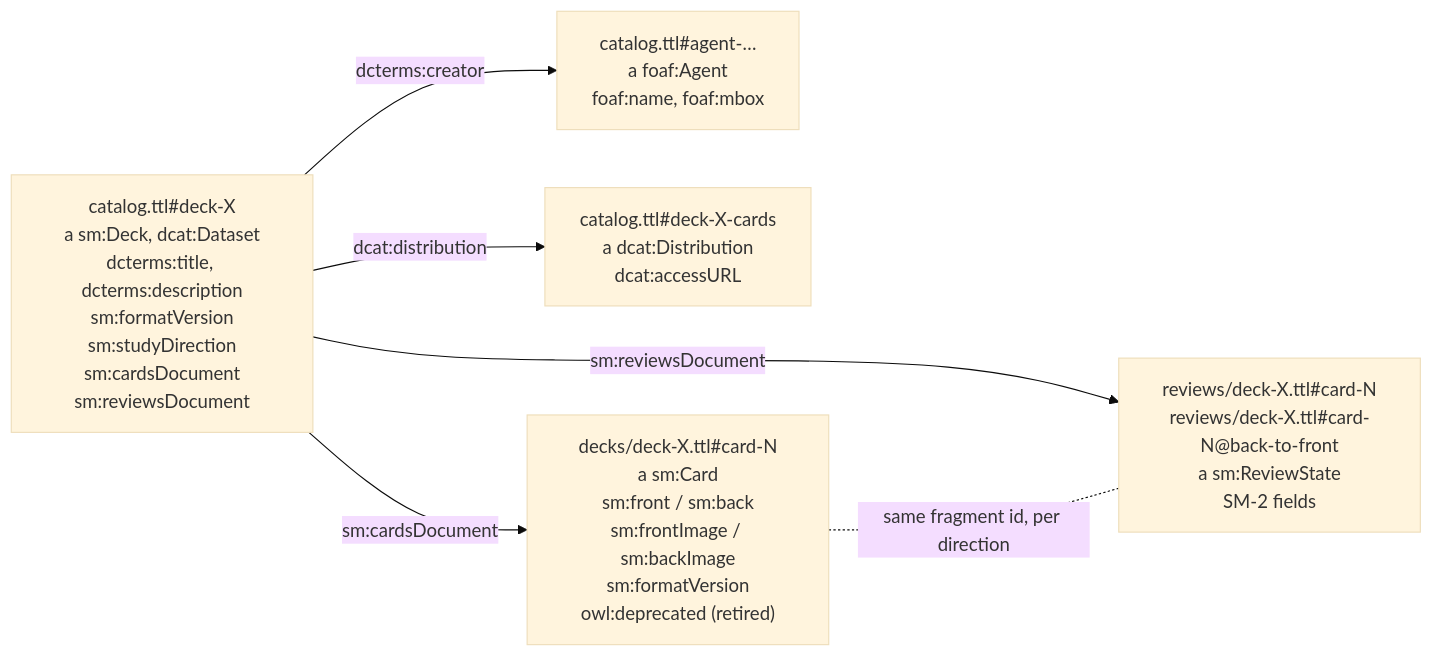
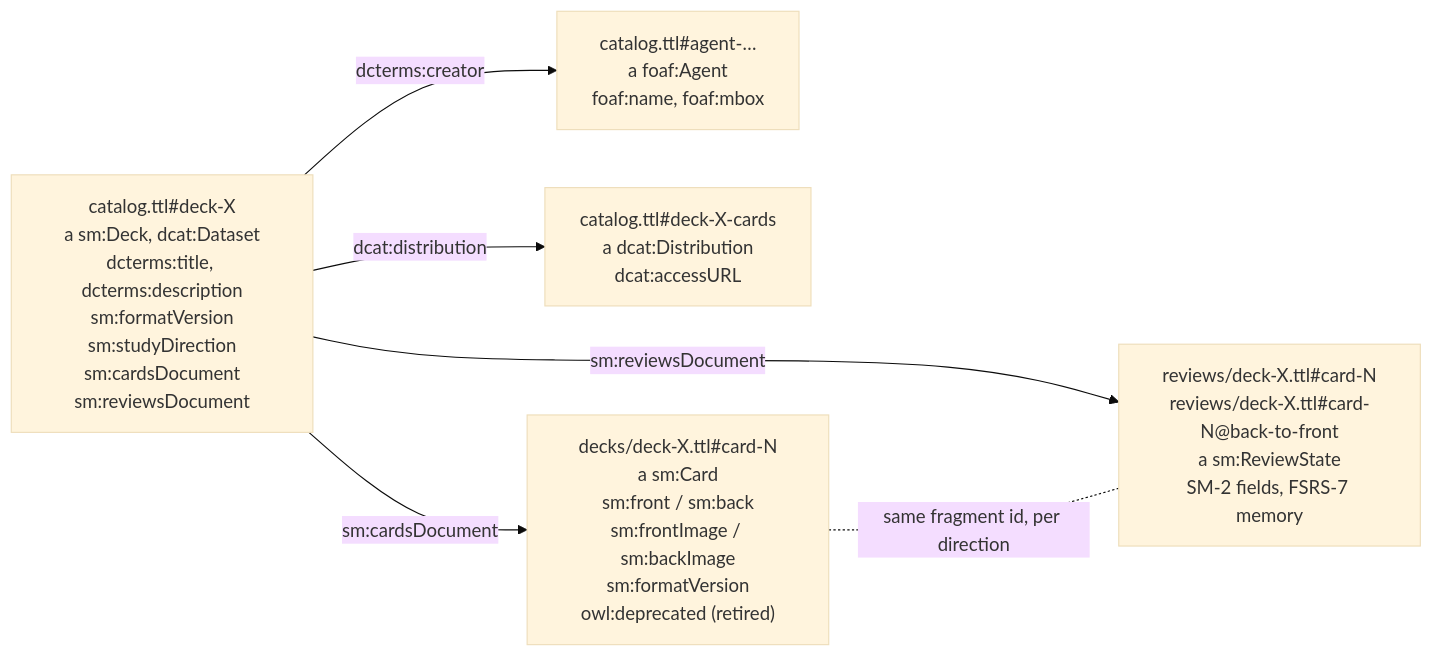
One commit to antwika/solid-memo changed the third of 4 diagrams in docs/data-model.md. Above: the diagram before and after it, drawn with Mermaid (base theme). The commit also changed other lines of this file and 64 other files, not shown here.

````diff
--- a/docs/data-model.md
+++ b/docs/data-model.md
@@ -116,13 +122,13 @@
 ```mermaid
 graph LR
     C["catalog.ttl#deck-X<br/>a sm:Deck, dcat:Dataset<br/>dcterms:title, dcterms:description<br/>sm:formatVersion<br/>sm:studyDirection<br/>sm:cardsDocument<br/>sm:reviewsDocument"]
     A["catalog.ttl#agent-…<br/>a foaf:Agent<br/>foaf:name, foaf:mbox"]
     X["catalog.ttl#deck-X-cards<br/>a dcat:Distribution<br/>dcat:accessURL"]
     C -->|dcterms:creator| A
     C -->|dcat:distribution| X
     D["decks/deck-X.ttl#card-N<br/>a sm:Card<br/>sm:front / sm:back<br/>sm:frontImage / sm:backImage<br/>sm:formatVersion<br/>owl:deprecated (retired)"]
-    R["reviews/deck-X.ttl#card-N<br/>reviews/deck-X.ttl#card-N@back-to-front<br/>a sm:ReviewState<br/>SM-2 fields"]
+    R["reviews/deck-X.ttl#card-N<br/>reviews/deck-X.ttl#card-N@back-to-front<br/>a sm:ReviewState<br/>SM-2 fields, FSRS-7 memory"]
     C -->|sm:cardsDocument| D
     C -->|sm:reviewsDocument| R
     D -. same fragment id, per direction .- R
 ```
````
